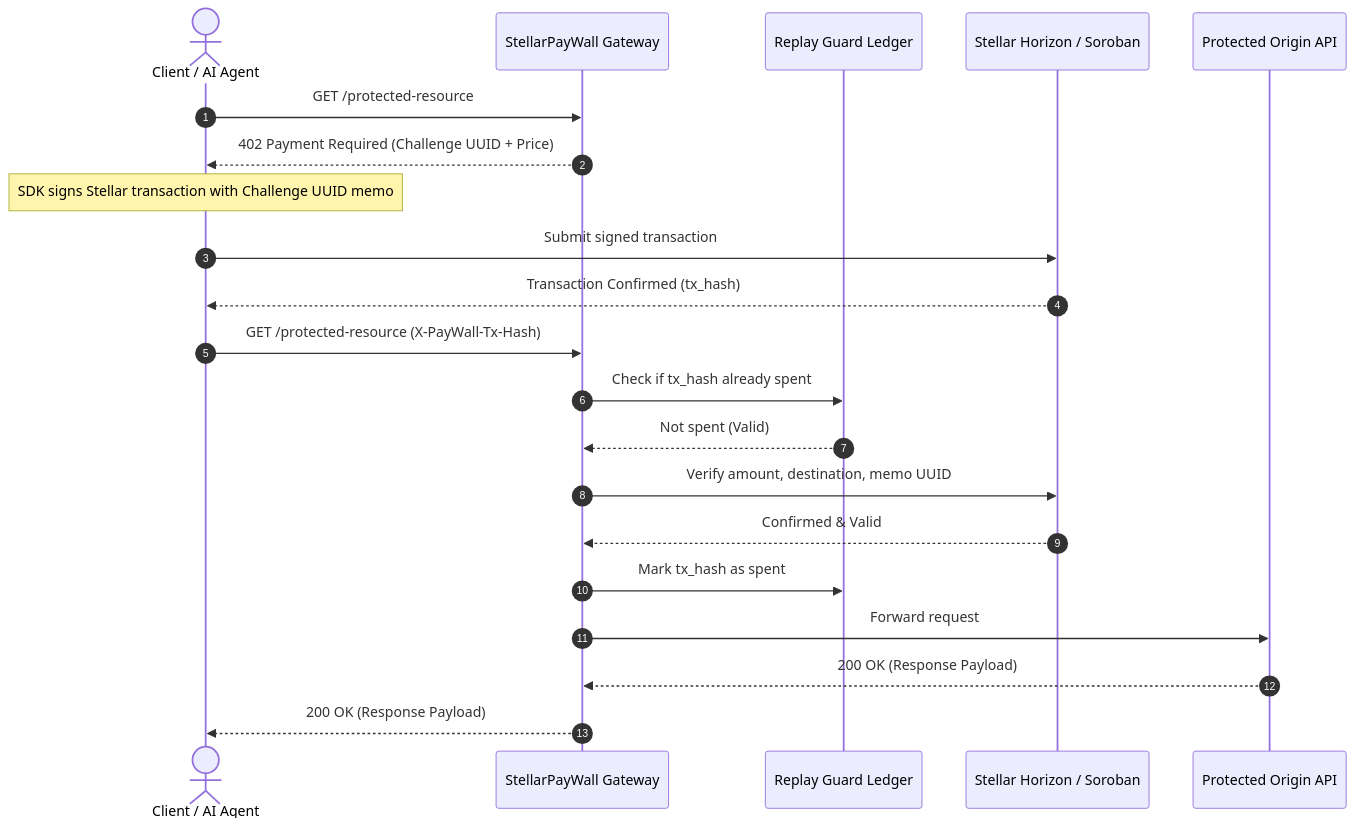
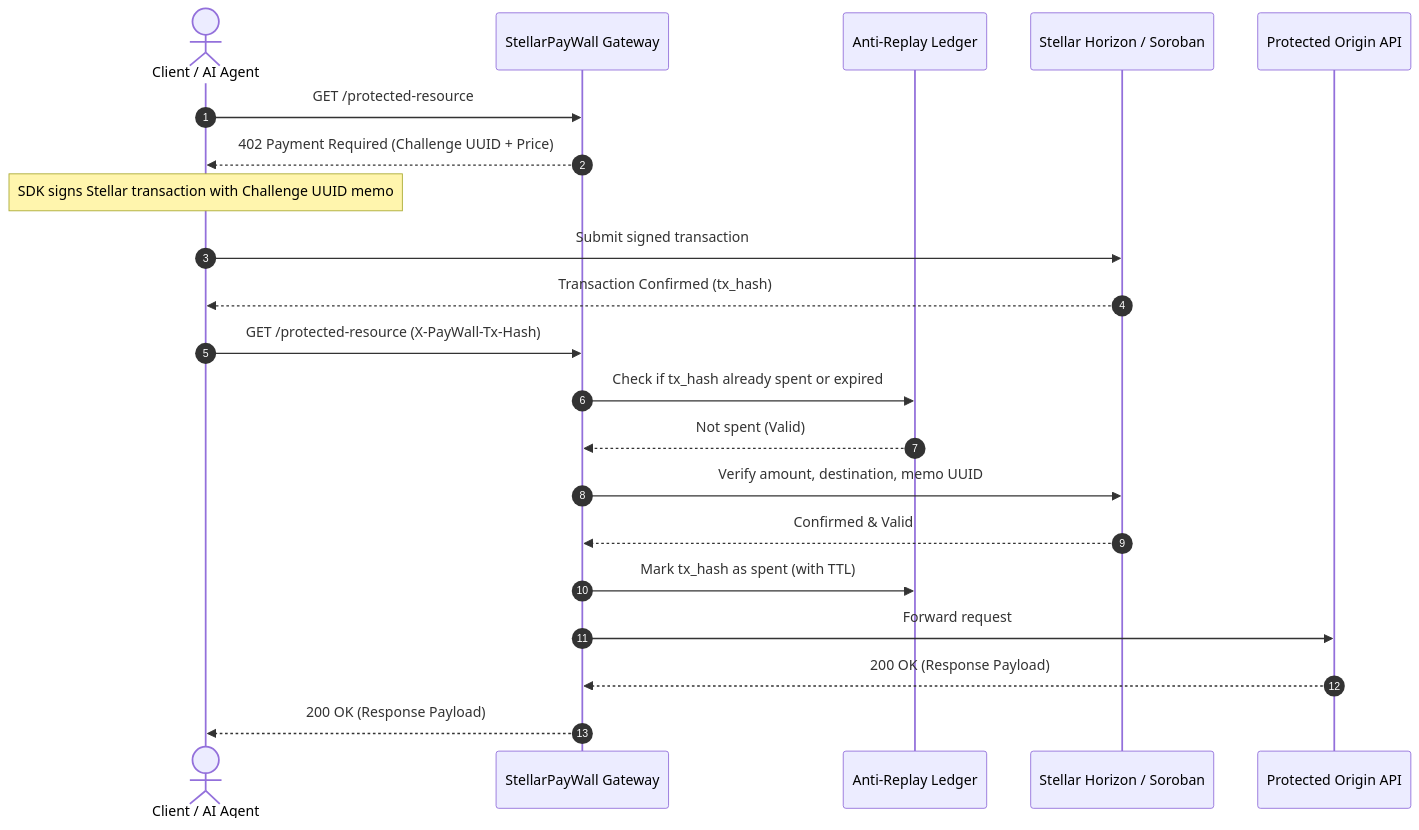
The second of 2 diagrams in README.md (HassanKorey/StellarPayWall), drawn with Mermaid before and after one commit. The commit also changed other lines of this file and 1 other file, not shown here.

Commit message:
docs: streamline README with architecture diagrams and establish multi-maintainer governance

````diff
--- a/README.md
+++ b/README.md
@@ -57,26 +77,26 @@
 ```mermaid
 sequenceDiagram
     autonumber
     actor Client as Client / AI Agent
     participant Gateway as StellarPayWall Gateway
-    participant Ledger as Replay Guard Ledger
+    participant Ledger as Anti-Replay Ledger
     participant Horizon as Stellar Horizon / Soroban
     participant Origin as Protected Origin API
 
     Client->>Gateway: GET /protected-resource
     Gateway-->>Client: 402 Payment Required (Challenge UUID + Price)
     
     Note over Client: SDK signs Stellar transaction with Challenge UUID memo
     Client->>Horizon: Submit signed transaction
     Horizon-->>Client: Transaction Confirmed (tx_hash)
 
     Client->>Gateway: GET /protected-resource (X-PayWall-Tx-Hash)
-    Gateway->>Ledger: Check if tx_hash already spent
+    Gateway->>Ledger: Check if tx_hash already spent or expired
     Ledger-->>Gateway: Not spent (Valid)
     Gateway->>Horizon: Verify amount, destination, memo UUID
     Horizon-->>Gateway: Confirmed & Valid
-    Gateway->>Ledger: Mark tx_hash as spent
+    Gateway->>Ledger: Mark tx_hash as spent (with TTL)
     Gateway->>Origin: Forward request
     Origin-->>Gateway: 200 OK (Response Payload)
     Gateway-->>Client: 200 OK (Response Payload)
 ```
````
